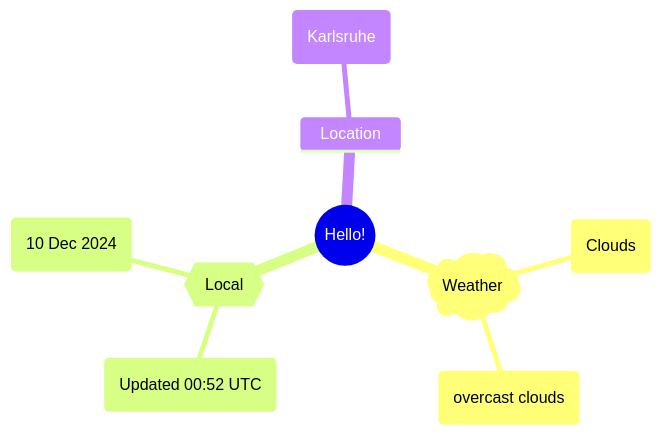
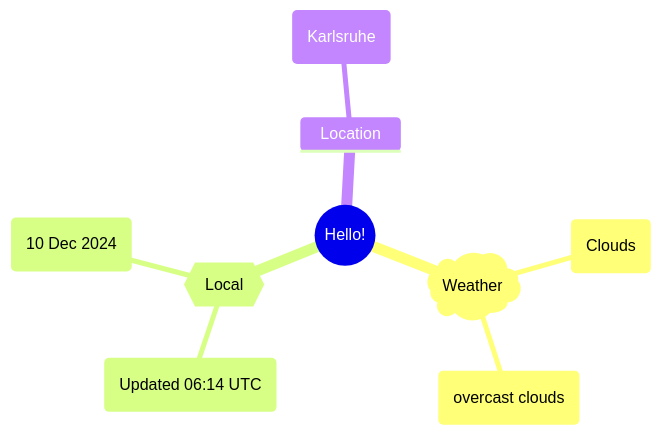
The first of 2 diagrams in README.md (Xosrov/Xosrov), drawn with Mermaid before and after one commit.

Commit message:
[bot] updated images

````diff
--- a/README.md
+++ b/README.md
@@ -3,12 +3,12 @@
 ```mermaid
 mindmap
   root((Hello!))
     )Weather(
         (Clouds)
         (overcast clouds)
     {{Local}}
-        (Updated 00:52 UTC)
+        (Updated 06:14 UTC)
         (10 Dec 2024)
     Location
         (Karlsruhe)
 ```
````
